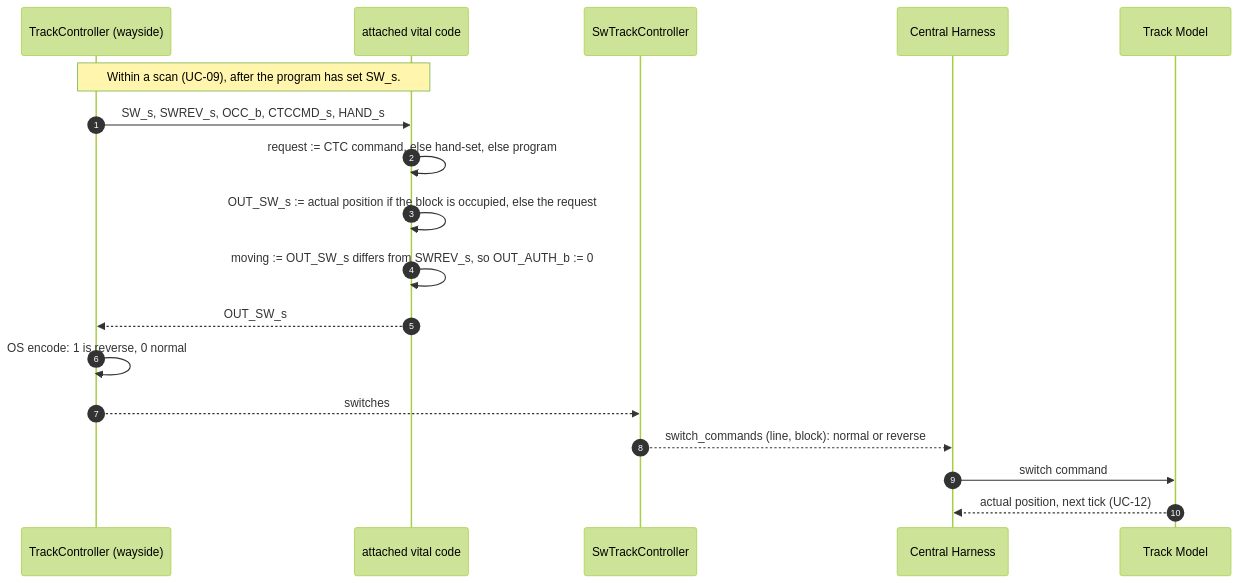
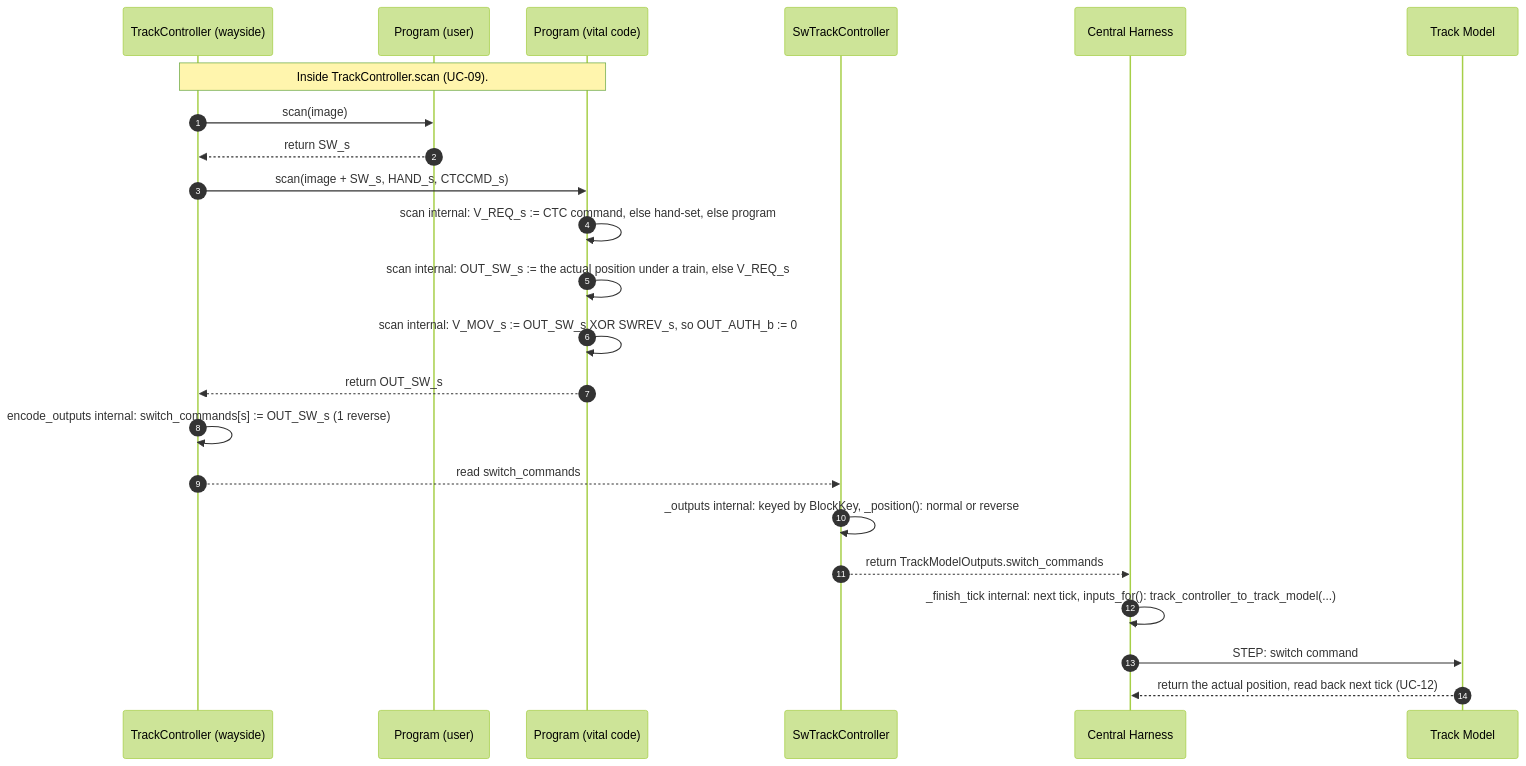
Before and after one commit to Landiss04/Track-Overflow: the diagram in documents/uml/track_ctrl_sw/sequence/sd13_command_switches.mmd, drawn with Mermaid (forest theme). The commit also changed 65 other files, not shown here.

```diff
--- a/documents/uml/track_ctrl_sw/sequence/sd13_command_switches.mmd
+++ b/documents/uml/track_ctrl_sw/sequence/sd13_command_switches.mmd
@@ -1,18 +1,23 @@
 sequenceDiagram
     autonumber
     participant W as TrackController (wayside)
-    participant V as attached vital code
+    participant U as Program (user)
+    participant V as Program (vital code)
     participant M as SwTrackController
     participant H as Central Harness
     participant TM as Track Model
-    Note over W,V: Within a scan (UC-09), after the program has set SW_s.
-    W->>V: SW_s, SWREV_s, OCC_b, CTCCMD_s, HAND_s
-    V->>V: request := CTC command, else hand-set, else program
-    V->>V: OUT_SW_s := actual position if the block is occupied, else the request
-    V->>V: moving := OUT_SW_s differs from SWREV_s, so OUT_AUTH_b := 0
-    V-->>W: OUT_SW_s
-    W->>W: OS encode: 1 is reverse, 0 normal
-    W-->>M: switches
-    M-->>H: switch_commands (line, block): normal or reverse
-    H->>TM: switch command
-    TM-->>H: actual position, next tick (UC-12)
+    Note over W,V: Inside TrackController.scan (UC-09).
+    W->>U: scan(image)
+    U-->>W: return SW_s
+    W->>V: scan(image + SW_s, HAND_s, CTCCMD_s)
+    V->>V: scan internal: V_REQ_s := CTC command, else hand-set, else program
+    V->>V: scan internal: OUT_SW_s := the actual position under a train, else V_REQ_s
+    V->>V: scan internal: V_MOV_s := OUT_SW_s XOR SWREV_s, so OUT_AUTH_b := 0
+    V-->>W: return OUT_SW_s
+    W->>W: encode_outputs internal: switch_commands[s] := OUT_SW_s (1 reverse)
+    W-->>M: read switch_commands
+    M->>M: _outputs internal: keyed by BlockKey, _position(): normal or reverse
+    M-->>H: return TrackModelOutputs.switch_commands
+    H->>H: _finish_tick internal: next tick, inputs_for(): track_controller_to_track_model(...)
+    H->>TM: STEP: switch command
+    TM-->>H: return the actual position, read back next tick (UC-12)
```
